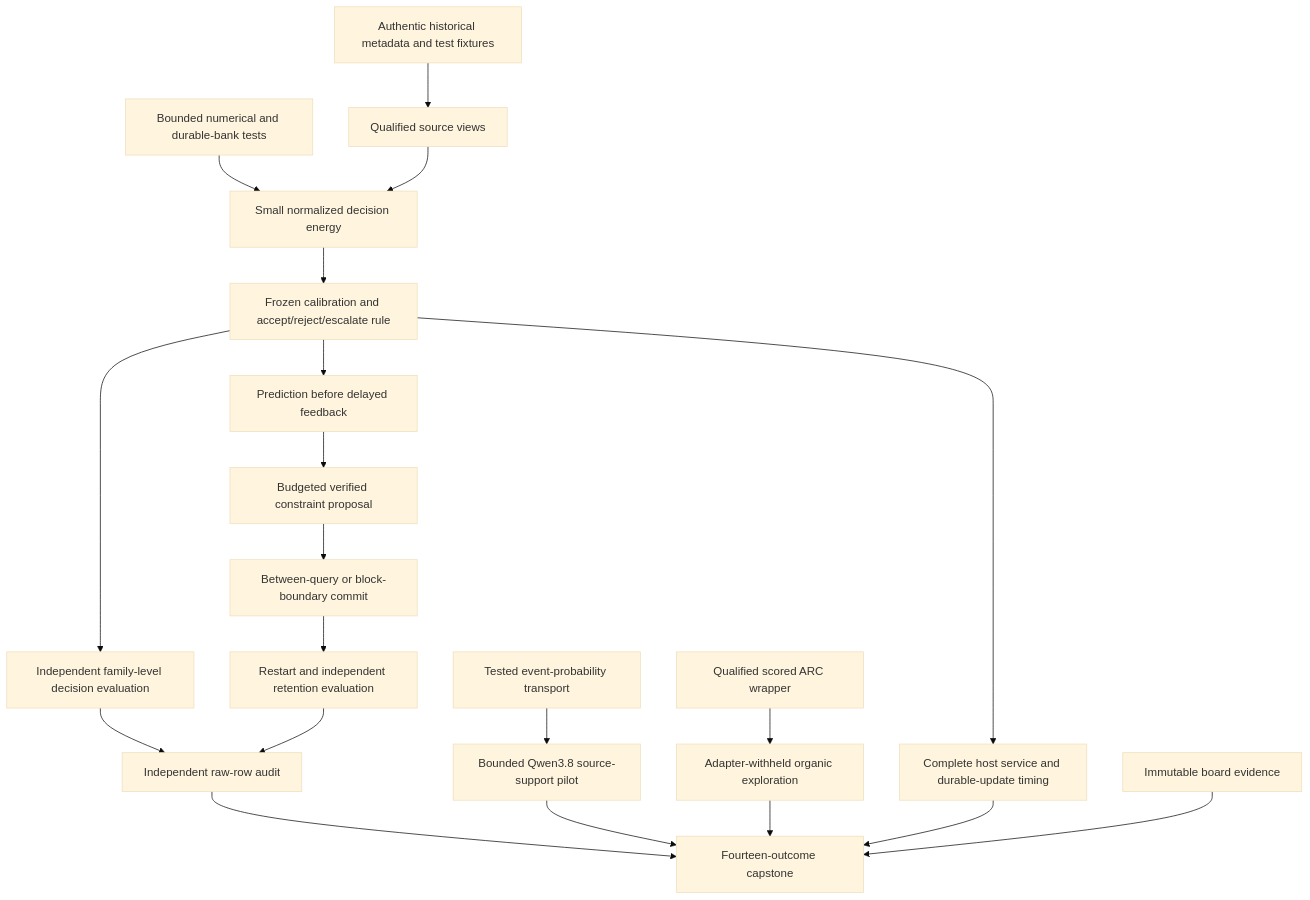
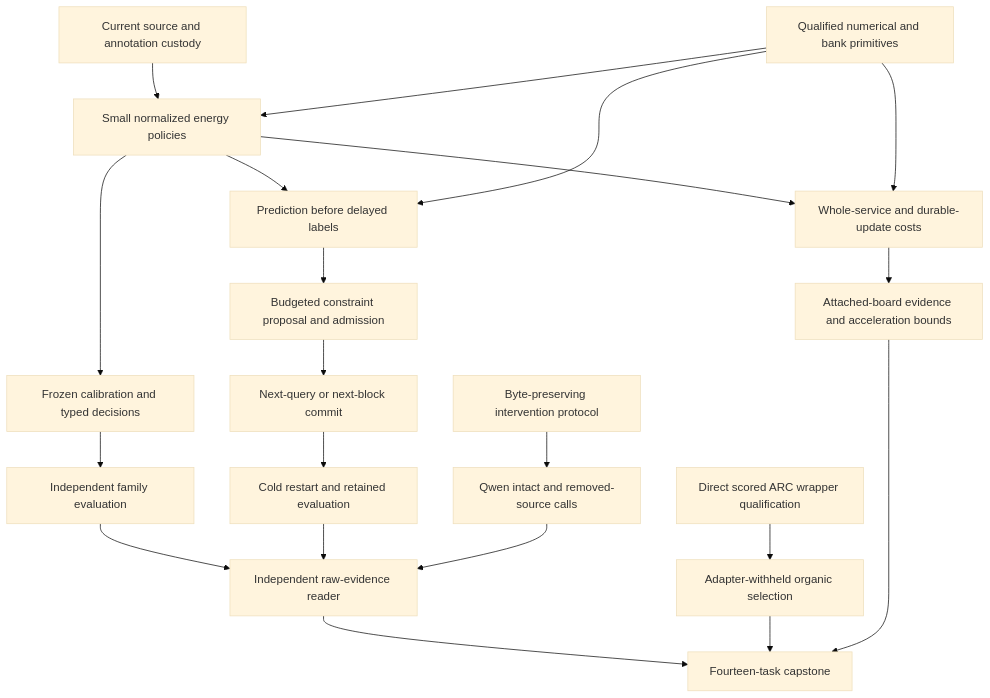
The diagram in openspec/change-proposals/research-roadmap-vNEXT.md (Carnot-EBM/carnot-ebm), drawn with Mermaid (base theme) before and after one commit. The commit also changed other lines of this file and 12 other files, not shown here.

````diff
--- a/openspec/change-proposals/research-roadmap-vNEXT.md
+++ b/openspec/change-proposals/research-roadmap-vNEXT.md
@@ -92,22 +103,23 @@
 ```mermaid
 flowchart TD
-    H[Authentic historical metadata and test fixtures] --> V[Qualified source views]
-    N[Bounded numerical and durable-bank tests] --> E[Small normalized decision energy]
-    V --> E
-    E --> C[Frozen calibration and accept/reject/escalate rule]
-    C --> D[Independent family-level decision evaluation]
-    C --> L[Prediction before delayed feedback]
-    L --> A[Budgeted verified constraint proposal]
-    A --> W[Between-query or block-boundary commit]
-    W --> R[Restart and independent retention evaluation]
-    Q[Tested event-probability transport] --> P[Bounded Qwen3.8 source-support pilot]
-    X[Qualified scored ARC wrapper] --> Y[Adapter-withheld organic exploration]
-    C --> S[Complete host service and durable-update timing]
-    D --> I[Independent raw-row audit]
+    S[Current source and annotation custody] --> F[Small normalized energy policies]
+    N[Qualified numerical and bank primitives] --> F
+    F --> D[Frozen calibration and typed decisions]
+    D --> E[Independent family evaluation]
+    F --> L[Prediction before delayed labels]
+    N --> L
+    L --> A[Budgeted constraint proposal and admission]
+    A --> W[Next-query or next-block commit]
+    W --> R[Cold restart and retained evaluation]
+    Q[Byte-preserving intervention protocol] --> C[Qwen intact and removed-source calls]
+    X[Direct scored ARC wrapper qualification] --> Y[Adapter-withheld organic selection]
+    F --> T[Whole-service and durable-update costs]
+    N --> T
+    E --> I[Independent raw-evidence reader]
     R --> I
-    I --> Z[Fourteen-outcome capstone]
-    P --> Z
+    C --> I
+    I --> Z[Fourteen-task capstone]
     Y --> Z
-    S --> Z
-    B[Immutable board evidence] --> Z
+    T --> H[Attached-board evidence and acceleration bounds]
+    H --> Z
 ```
````
